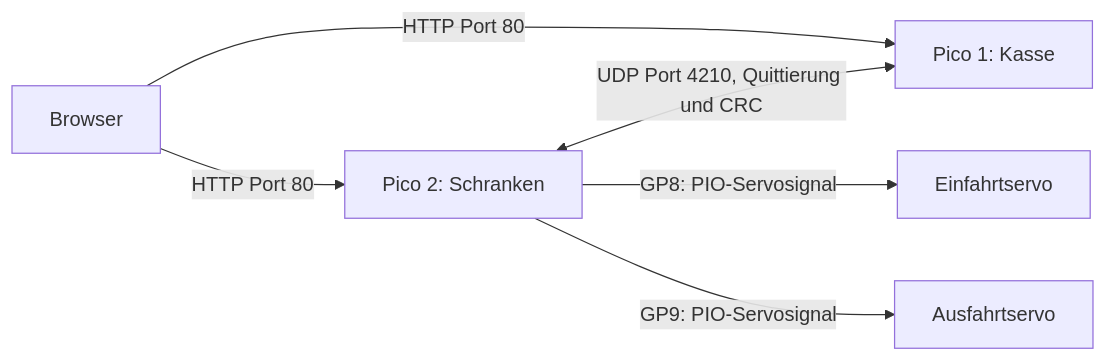
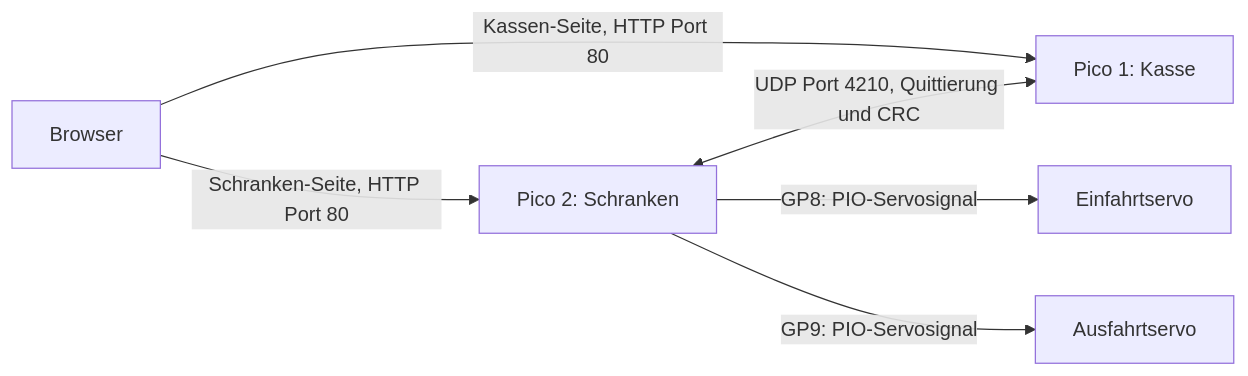
The diagram in docs/ARCHITEKTUR.md (xq0n/M450-Parksystem-Projekt), drawn with Mermaid before and after one commit. The commit also changed other lines of this file and 23 other files, not shown here.

````diff
--- a/docs/ARCHITEKTUR.md
+++ b/docs/ARCHITEKTUR.md
@@ -7,8 +12,8 @@
 ```mermaid
 flowchart LR
-  B[Browser] -->|HTTP Port 80| P1[Pico 1: Kasse]
-  B -->|HTTP Port 80| P2[Pico 2: Schranken]
+  B[Browser] -->|Kassen-Seite, HTTP Port 80| P1[Pico 1: Kasse]
+  B -->|Schranken-Seite, HTTP Port 80| P2[Pico 2: Schranken]
   P2 <-->|UDP Port 4210, Quittierung und CRC| P1
   P2 -->|GP8: PIO-Servosignal| E[Einfahrtservo]
   P2 -->|GP9: PIO-Servosignal| X[Ausfahrtservo]
 ```
````
